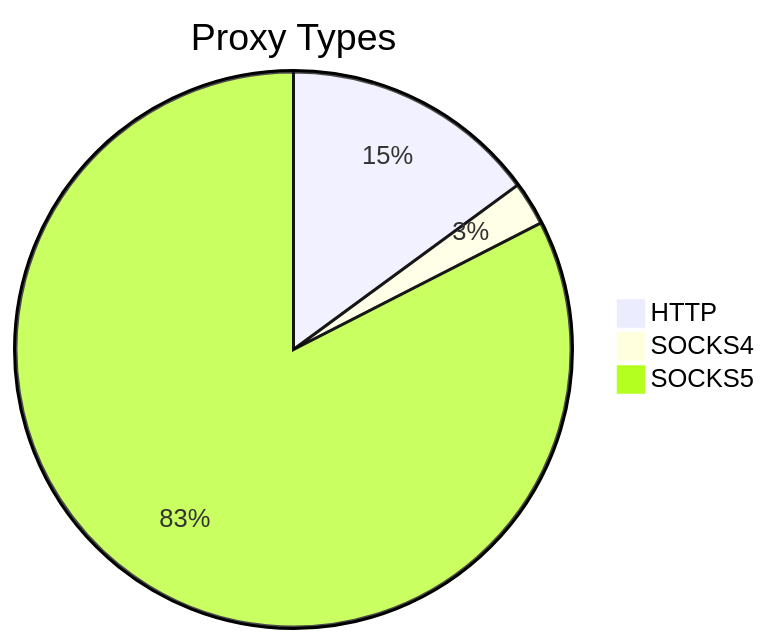
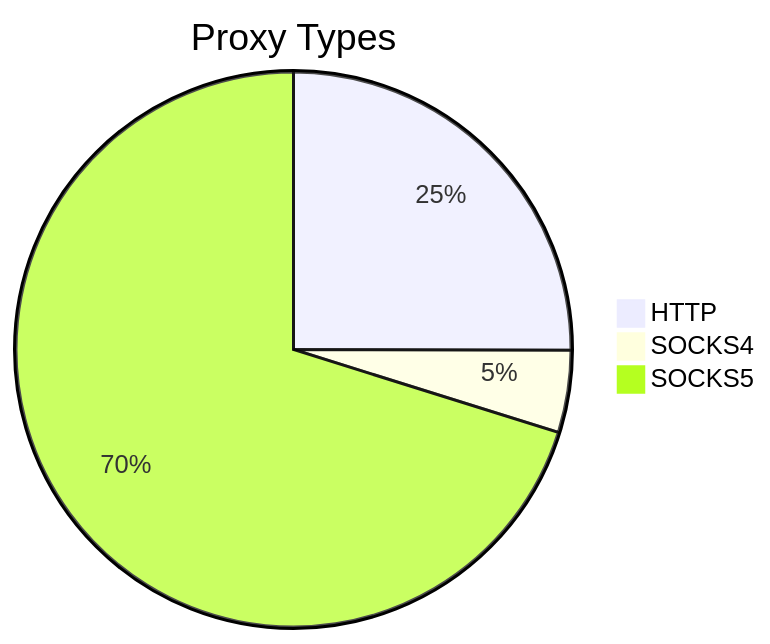
One commit to stormsia/proxy-list changed the first of 2 diagrams in README.md. Above: the diagram before and after it, drawn with Mermaid. The commit also changed other lines of this file, not shown here.

````diff
--- a/README.md
+++ b/README.md
@@ -21,6 +21,6 @@
 ```mermaid
 pie title Proxy Types
-    "HTTP" : 129
-    "SOCKS4" : 22
-    "SOCKS5" : 713
+    "HTTP" : 131
+    "SOCKS4" : 25
+    "SOCKS5" : 367
 ```
````
